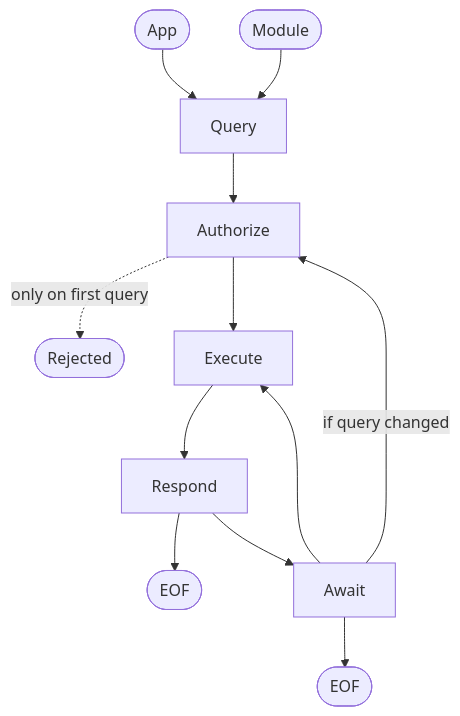
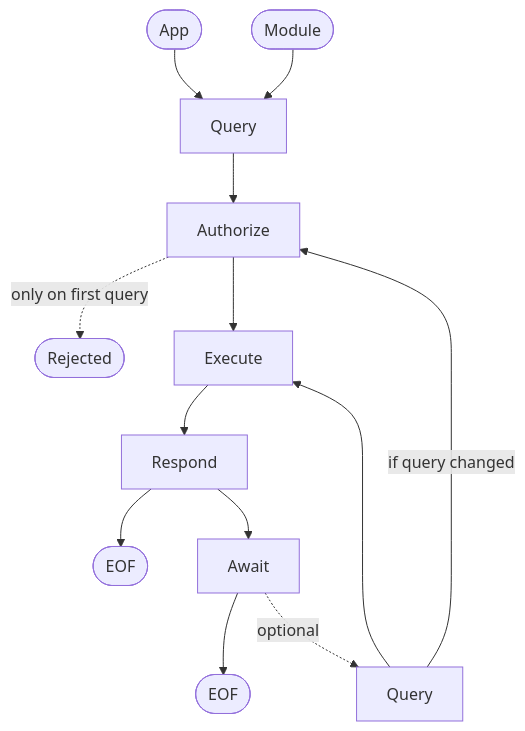
One commit to cryptopunkscc/go-apphost-jrpc changed the first of 2 diagrams in flow.md. Above: the diagram before and after it, drawn with Mermaid. The commit also changed other lines of this file and 2 other files, not shown here.

Commit message:
fix: allow executing empty commands

````diff
--- a/flow.md
+++ b/flow.md
@@ -2,11 +2,12 @@
 ```mermaid
 flowchart
     App([App]) --> Query
     Module([Module]) --> Query
-    Query --> Authorize -.only on first query.-> Rejected([Rejected])
-    Authorize --> Execute --> 
-    Respond --> Return([EOF])
-    Respond -->Await --> Return2([EOF])
-    Await --> Execute
-    Await --if query changed--> Authorize
+    Query --> Authorize -. only on first query .-> Rejected([Rejected])
+    Authorize --> Execute --> Respond --> Return([EOF])
+    Respond --> Await --> Return2([EOF])
+    Await -.optional.-> Query2[Query]
+    Query2 --> Execute
+    Query2 -- if query changed --> Authorize
+    
 ```
````
